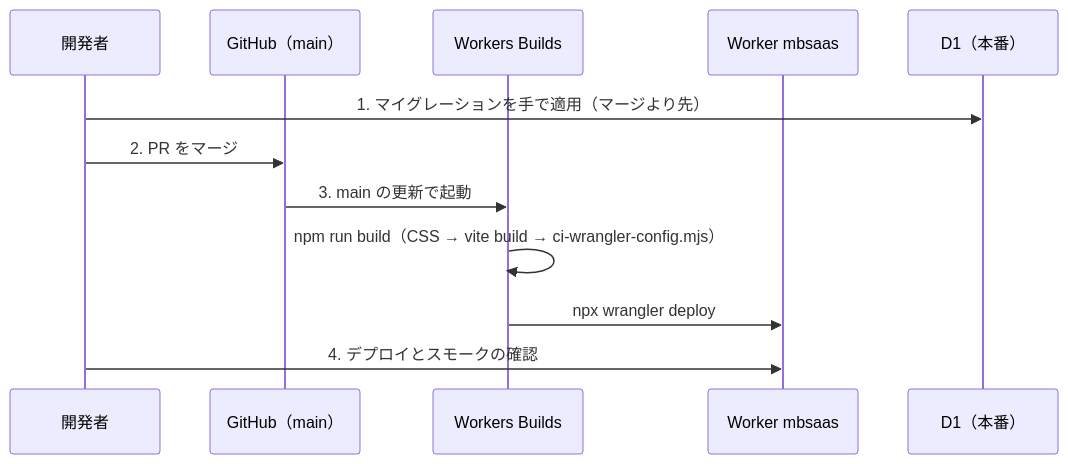
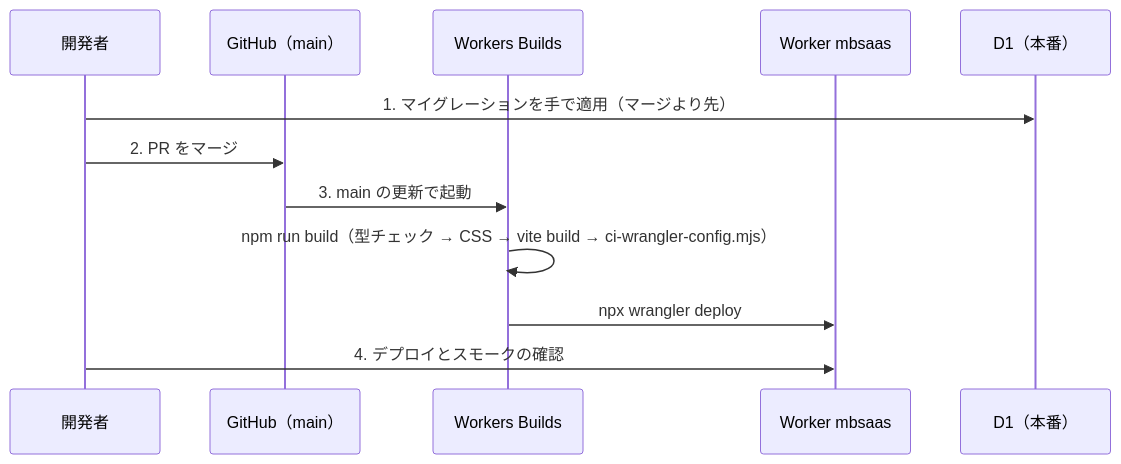
The second of 2 diagrams in docs/architecture.md (daichi763/MBsaas), drawn with Mermaid before and after one commit. The commit also changed other lines of this file, not shown here.

Commit message:
docs(w21-release-guard): architecture.md のビルドの説明に型チェックと設定の確かめを足す

````diff
--- a/docs/architecture.md
+++ b/docs/architecture.md
@@ -204,14 +204,14 @@
 ```mermaid
 sequenceDiagram
   participant Dev as 開発者
   participant GH as GitHub（main）
   participant WB as Workers Builds
   participant W as Worker mbsaas
   participant D1 as D1（本番）
   Dev->>D1: 1. マイグレーションを手で適用（マージより先）
   Dev->>GH: 2. PR をマージ
   GH->>WB: 3. main の更新で起動
-  WB->>WB: npm run build（CSS → vite build → ci-wrangler-config.mjs）
+  WB->>WB: npm run build（型チェック → CSS → vite build → ci-wrangler-config.mjs）
   WB->>W: npx wrangler deploy
   Dev->>W: 4. デプロイとスモークの確認
 ```
````
